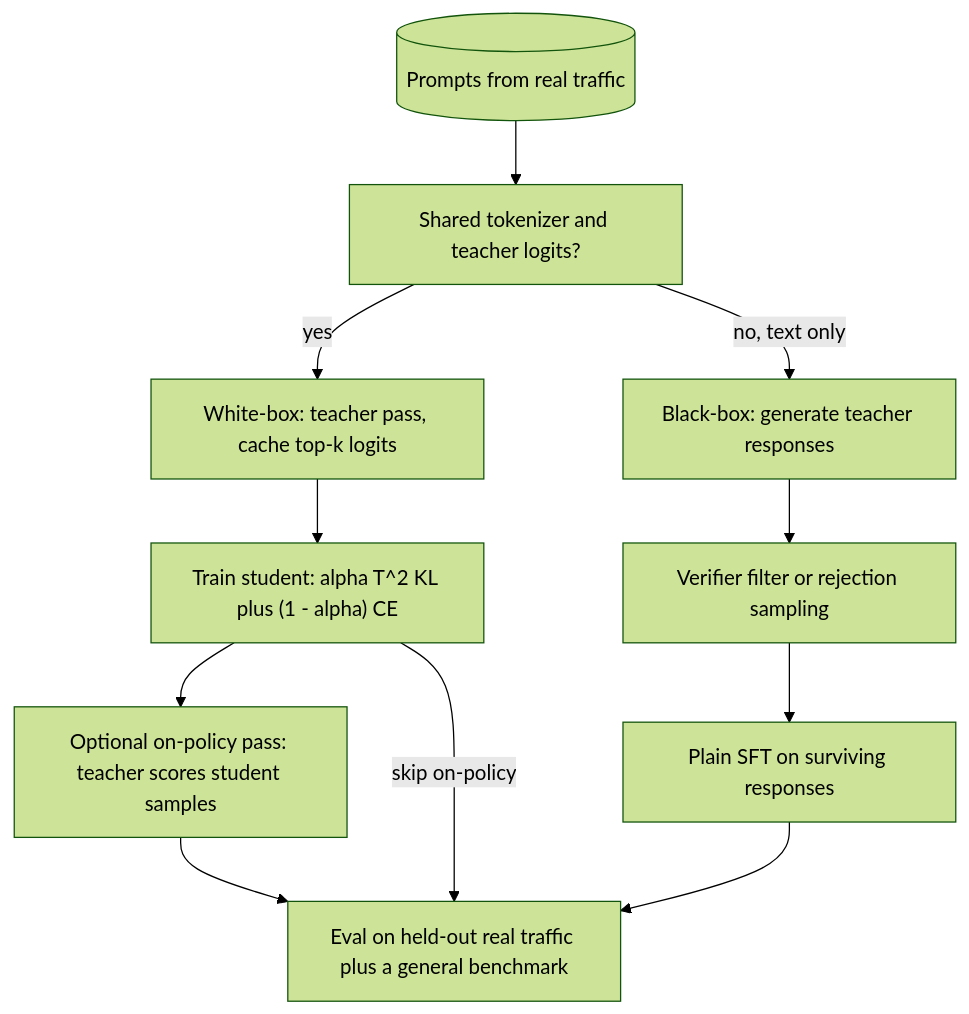
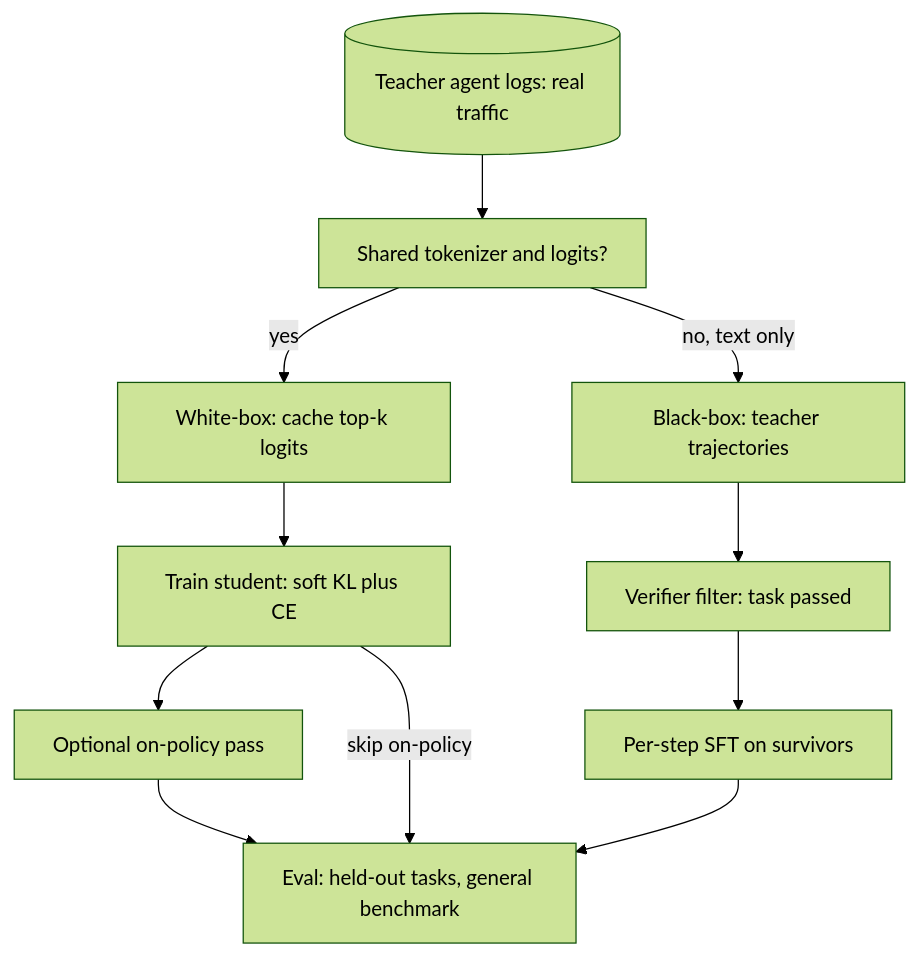
Before and after one commit to lovishmahajan97/agentic-learning: the diagram in content/training-adaptation/knowledge-distillation.md, drawn with Mermaid (forest theme). The commit also changed other lines of this file and 454 other files, not shown here.

````diff
--- a/content/training-adaptation/knowledge-distillation.md
+++ b/content/training-adaptation/knowledge-distillation.md
@@ -164,13 +167,13 @@
 ```mermaid
 flowchart TD
-    P[("Prompts from real traffic")] --> Q["Shared tokenizer and teacher logits?"]
-    Q -->|"yes"| WB["White-box: teacher pass, cache top-k logits"]
-    Q -->|"no, text only"| BB["Black-box: generate teacher responses"]
-    WB --> KD["Train student: alpha T^2 KL plus (1 - alpha) CE"]
-    BB --> F["Verifier filter or rejection sampling"]
-    F --> SFT["Plain SFT on surviving responses"]
-    KD --> OP["Optional on-policy pass: teacher scores student samples"]
-    OP --> E["Eval on held-out real traffic plus a general benchmark"]
+    P[("Teacher agent logs: real traffic")] --> Q["Shared tokenizer and logits?"]
+    Q -->|"yes"| WB["White-box: cache top-k logits"]
+    Q -->|"no, text only"| BB["Black-box: teacher trajectories"]
+    WB --> KD["Train student: soft KL plus CE"]
+    BB --> F["Verifier filter: task passed"]
+    F --> SFT["Per-step SFT on survivors"]
+    KD --> OP["Optional on-policy pass"]
+    OP --> E["Eval: held-out tasks, general benchmark"]
     KD -->|"skip on-policy"| E
     SFT --> E
 ```
````
